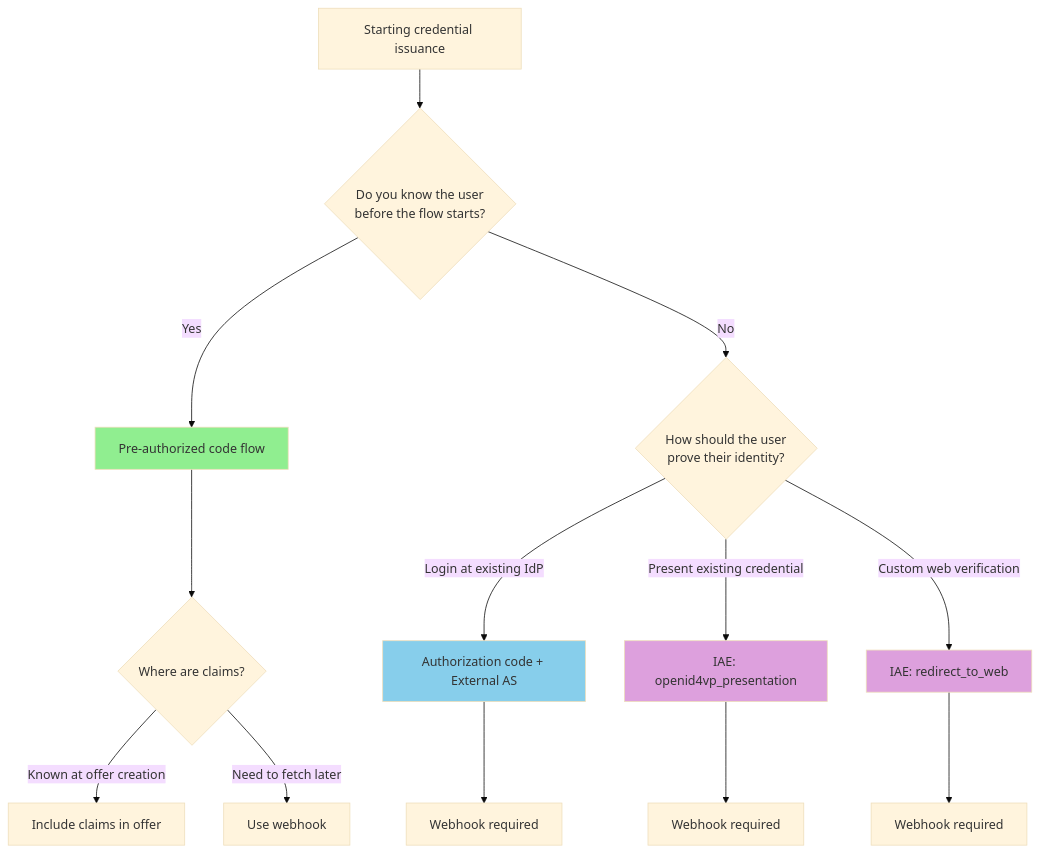
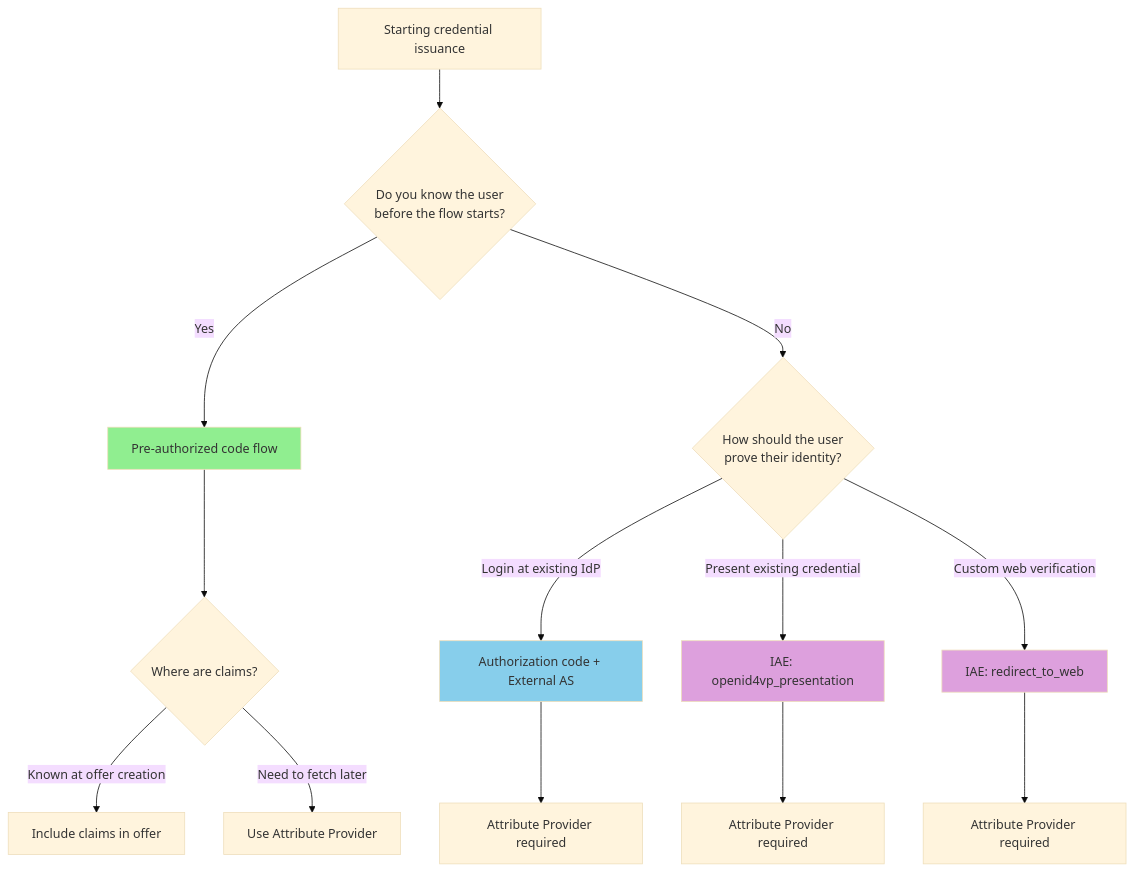
The sixth of 6 diagrams in docs/getting-started/issuance/index.md (openwallet-foundation-labs/eudiplo), drawn with Mermaid (base theme) before and after one commit. The commit also changed other lines of this file and 67 other files, not shown here.

First line of the commit message:
feat(issuer): extract Attribute Providers and Webhook Endpoints as tenant-level resources

````diff
--- a/docs/getting-started/issuance/index.md
+++ b/docs/getting-started/issuance/index.md
@@ -385,24 +370,24 @@
 ```mermaid
 flowchart TD
     A[Starting credential issuance] --> B{Do you know the user<br/>before the flow starts?}
 
     B -->|Yes| C[Pre-authorized code flow]
     B -->|No| D{How should the user<br/>prove their identity?}
 
     D -->|Login at existing IdP| E[Authorization code + External AS]
     D -->|Present existing credential| F[IAE: openid4vp_presentation]
     D -->|Custom web verification| G[IAE: redirect_to_web]
 
     C --> H{Where are claims?}
     H -->|Known at offer creation| I[Include claims in offer]
-    H -->|Need to fetch later| J[Use webhook]
+    H -->|Need to fetch later| J[Use Attribute Provider]
 
-    E --> K[Webhook required]
-    F --> L[Webhook required]
-    G --> M[Webhook required]
+    E --> K[Attribute Provider required]
+    F --> L[Attribute Provider required]
+    G --> M[Attribute Provider required]
 
     style C fill:#90EE90
     style E fill:#87CEEB
     style F fill:#DDA0DD
     style G fill:#DDA0DD
 ```
````
